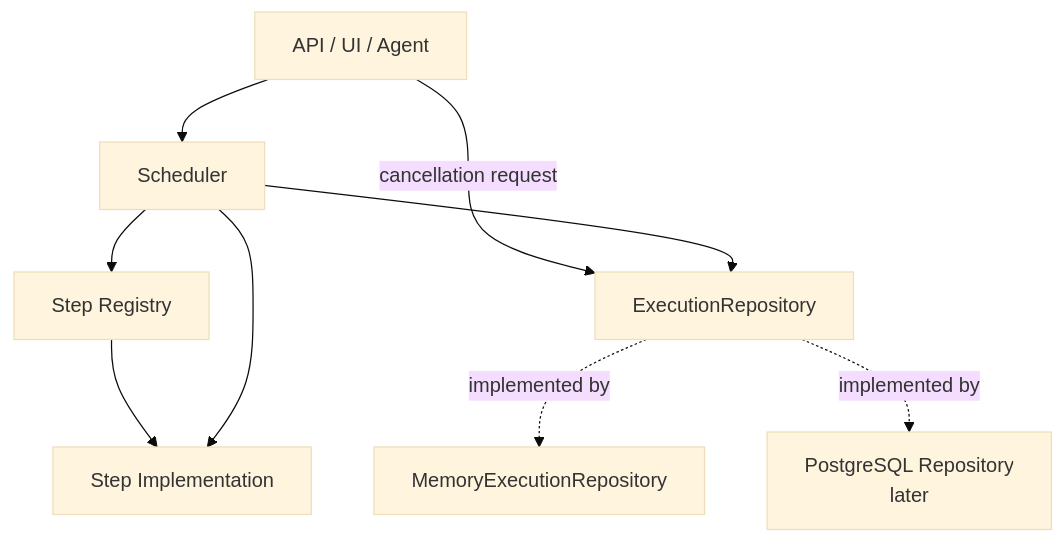
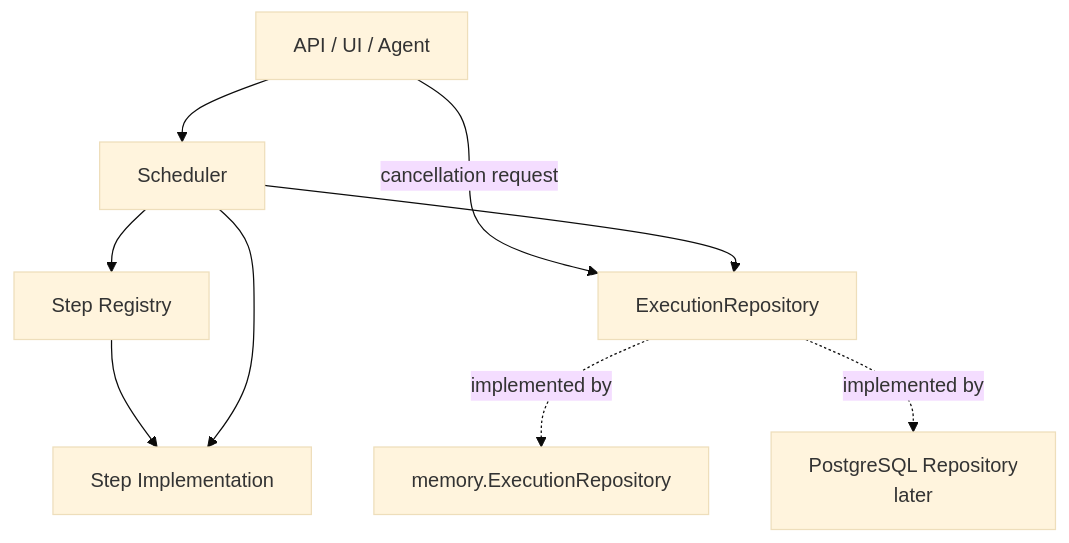
One commit to jyork/pandectrun changed the sixth of 7 diagrams in docs/execution-lifecycle.md. Above: the diagram before and after it, drawn with Mermaid (base theme). The commit also changed 8 other files, not shown here.

````diff
--- a/docs/execution-lifecycle.md
+++ b/docs/execution-lifecycle.md
@@ -154,20 +154,20 @@
 ```mermaid
 flowchart TB
     API[API / UI / Agent]
     S[Scheduler]
     REG[Step Registry]
     REPO[ExecutionRepository]
-    MEM[MemoryExecutionRepository]
+    MEM[memory.ExecutionRepository]
     PG[PostgreSQL Repository<br/>later]
     STEP[Step Implementation]
 
     API --> S
     API -->|cancellation request| REPO
     S --> REG
     REG --> STEP
     S --> REPO
     S --> STEP
 
     REPO -. implemented by .-> MEM
     REPO -. implemented by .-> PG
 ```
````
